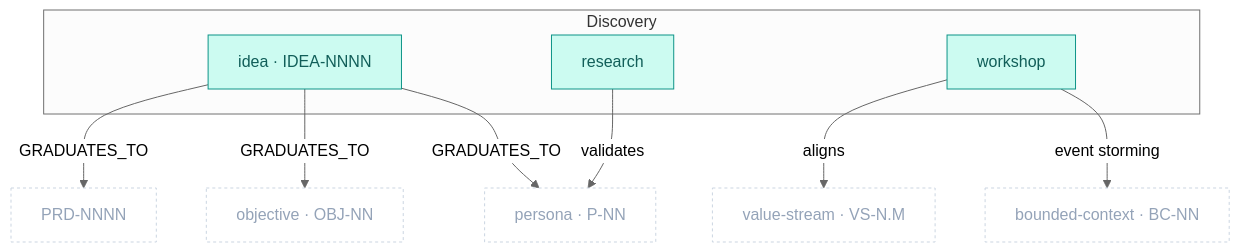
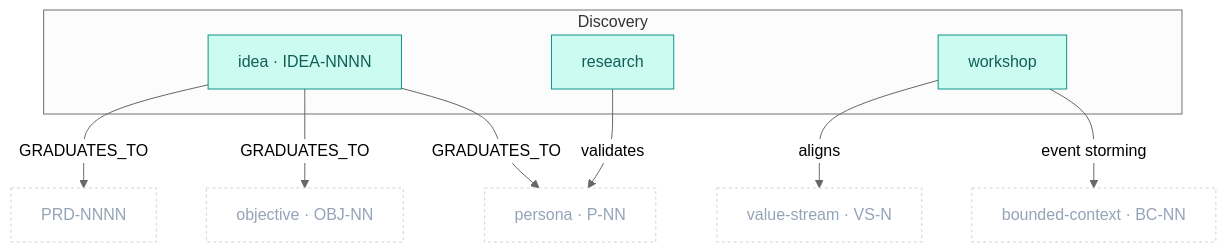
Before and after one commit to VictorHueni/clew: the diagram in docs/metamodel/packages/discovery.md, drawn with Mermaid (neutral theme). The commit also changed 7 other files, not shown here.

First line of the commit message:
docs(metamodel): align diagrams, boundary tables, and ID displays to catalogue authority

````diff
--- a/docs/metamodel/packages/discovery.md
+++ b/docs/metamodel/packages/discovery.md
@@ -25,24 +25,24 @@
 ```mermaid
 flowchart TD
     classDef disc fill:#CCFBF1,stroke:#0D9488,color:#115E59
     classDef ext  fill:#ffffff,stroke:#cbd5e1,color:#94a3b8,stroke-dasharray:3 3
 
     P["persona · P-NN"]:::ext
     OBJ["objective · OBJ-NN"]:::ext
     PRD["PRD-NNNN"]:::ext
     BC["bounded-context · BC-NN"]:::ext
-    VS["value-stream · VS-N.M"]:::ext
+    VS["value-stream · VS-N"]:::ext
 
     subgraph DISC["Discovery"]
         IDEA["idea · IDEA-NNNN"]:::disc
         RES["research"]:::disc
         WS["workshop"]:::disc
     end
 
     IDEA -->|"GRADUATES_TO"| P
     IDEA -->|"GRADUATES_TO"| OBJ
     IDEA -->|"GRADUATES_TO"| PRD
     RES -->|"validates"| P
     WS -->|"event storming"| BC
     WS -->|"aligns"| VS
 ```
````
